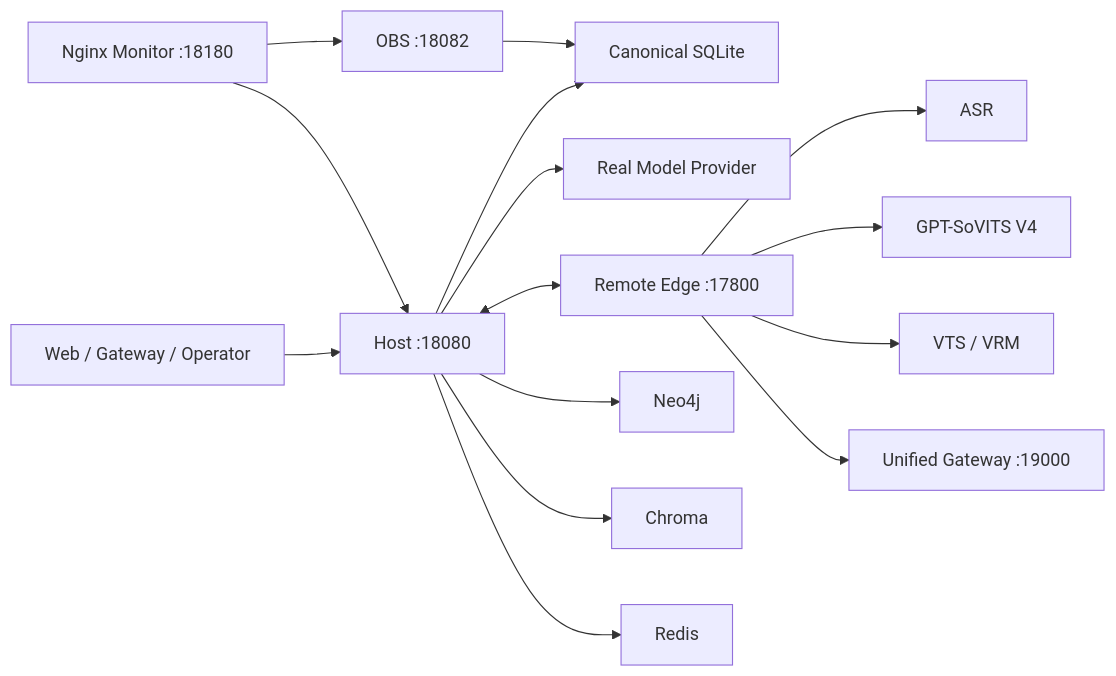
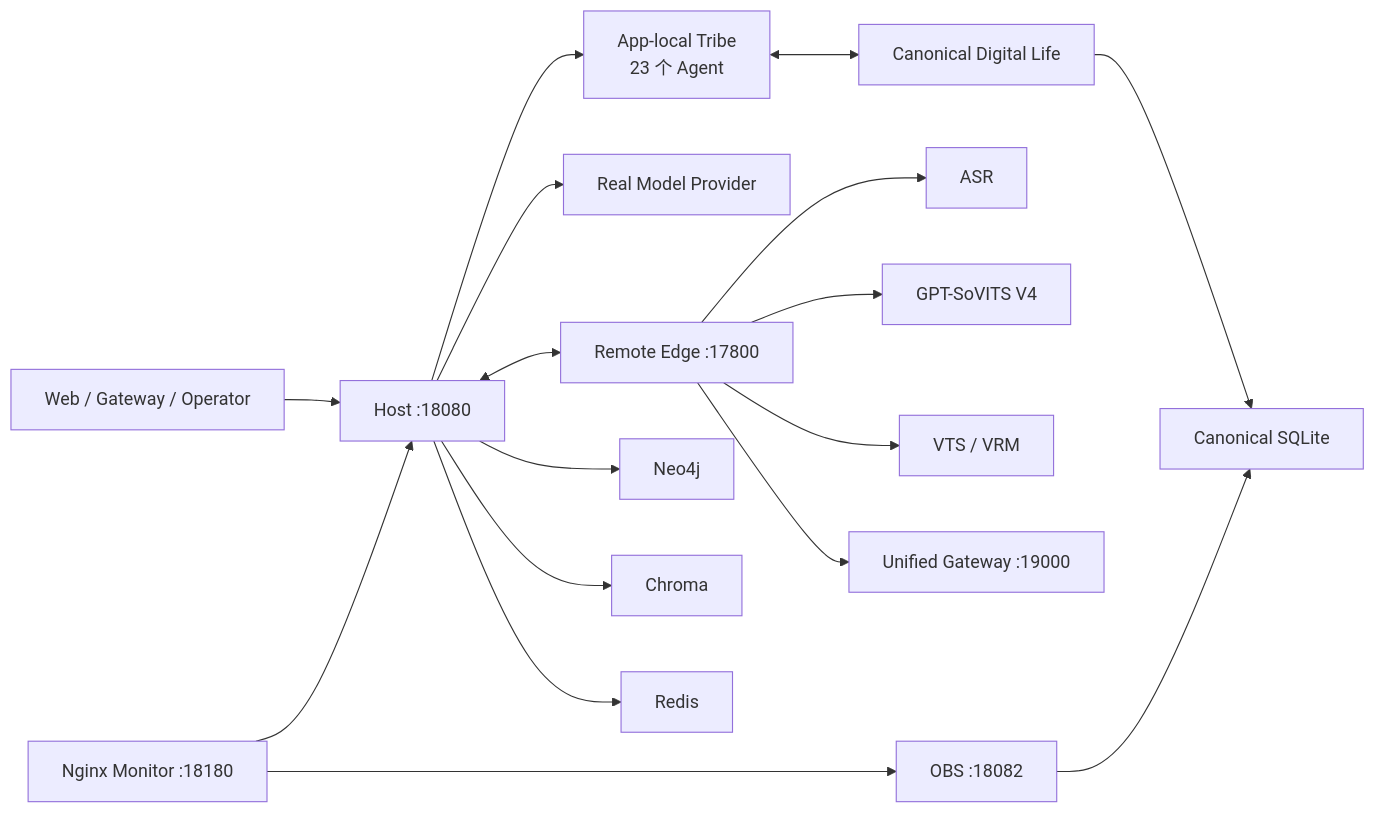
The first of 2 diagrams in docs/50_project/arch/SYSTEM_ARCHITECTURE.md (SakuraYoruno/Natsume_Ai), drawn with Mermaid before and after one commit. The commit also changed other lines of this file and 7 other files, not shown here.

````diff
--- a/docs/50_project/arch/SYSTEM_ARCHITECTURE.md
+++ b/docs/50_project/arch/SYSTEM_ARCHITECTURE.md
@@ -12,17 +12,19 @@
 ```mermaid
 flowchart LR
     CLIENT["Web / Gateway / Operator"] --> HOST["Host :18080"]
-    HOST --> SQLITE["Canonical SQLite"]
+    HOST --> TRIBE["App-local Tribe<br/>23 个 Agent"]
+    TRIBE <--> LIFE["Canonical Digital Life"]
+    LIFE --> SQLITE["Canonical SQLite"]
     HOST --> MODEL["Real Model Provider"]
     HOST <--> EDGE["Remote Edge :17800"]
     EDGE --> ASR["ASR"]
     EDGE --> TTS["GPT-SoVITS V4"]
     EDGE --> AVATAR["VTS / VRM"]
     EDGE --> GW["Unified Gateway :19000"]
     OBS["OBS :18082"] --> SQLITE
     MON["Nginx Monitor :18180"] --> OBS
     MON --> HOST
     HOST --> NEO["Neo4j"]
     HOST --> CHROMA["Chroma"]
     HOST --> REDIS["Redis"]
 ```
````
